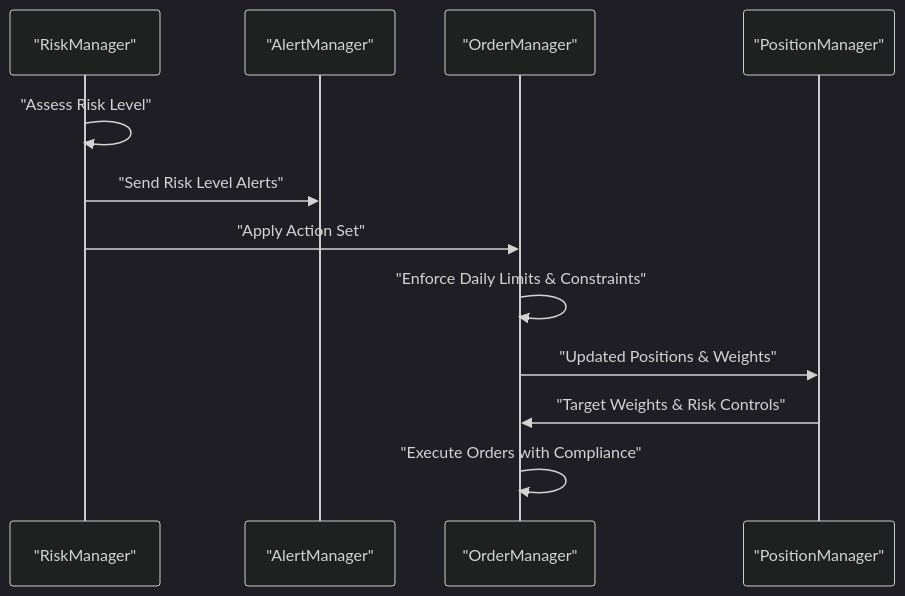
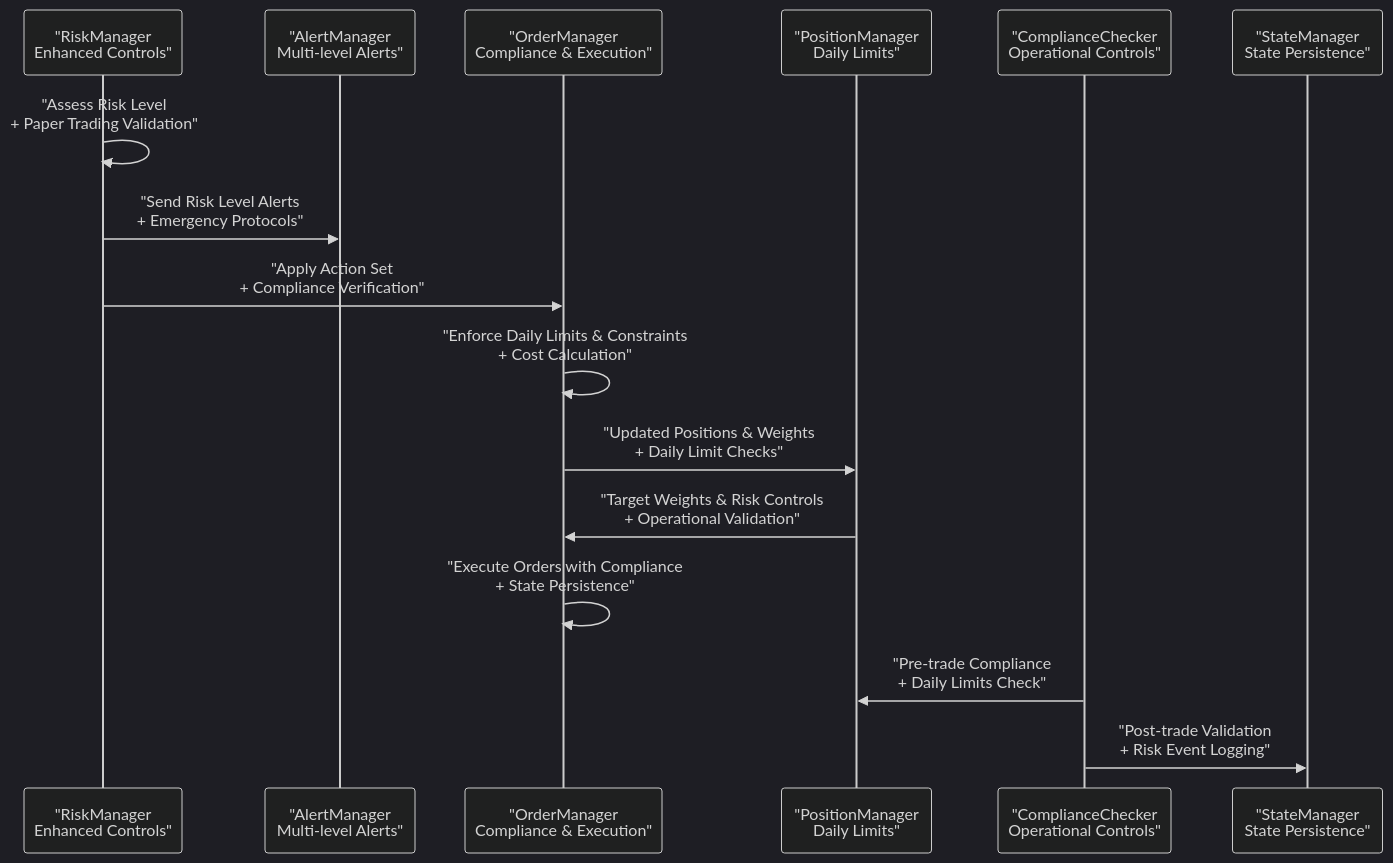
The seventh of 8 diagrams in .qoder/repowiki/en/content/Risk Management System.md (guofeng201507/shark-quant-trader), drawn with Mermaid (dark theme) before and after one commit. The commit also changed other lines of this file and 14 other files, not shown here.

````diff
--- a/.qoder/repowiki/en/content/Risk Management System.md
+++ b/.qoder/repowiki/en/content/Risk Management System.md
@@ -359,14 +425,18 @@
 ```mermaid
 sequenceDiagram
-participant RM as "RiskManager"
-participant AM as "AlertManager"
-participant OM as "OrderManager"
-participant PM as "PositionManager"
-RM->>RM : "Assess Risk Level"
-RM->>AM : "Send Risk Level Alerts"
-RM->>OM : "Apply Action Set"
-OM->>OM : "Enforce Daily Limits & Constraints"
-OM->>PM : "Updated Positions & Weights"
-PM->>OM : "Target Weights & Risk Controls"
-OM->>OM : "Execute Orders with Compliance"
+participant RM as "RiskManager<br/>Enhanced Controls"
+participant AM as "AlertManager<br/>Multi-level Alerts"
+participant OM as "OrderManager<br/>Compliance & Execution"
+participant PM as "PositionManager<br/>Daily Limits"
+participant CC as "ComplianceChecker<br/>Operational Controls"
+participant SM as "StateManager<br/>State Persistence"
+RM->>RM : "Assess Risk Level<br/>+ Paper Trading Validation"
+RM->>AM : "Send Risk Level Alerts<br/>+ Emergency Protocols"
+RM->>OM : "Apply Action Set<br/>+ Compliance Verification"
+OM->>OM : "Enforce Daily Limits & Constraints<br/>+ Cost Calculation"
+OM->>PM : "Updated Positions & Weights<br/>+ Daily Limit Checks"
+PM->>OM : "Target Weights & Risk Controls<br/>+ Operational Validation"
+OM->>OM : "Execute Orders with Compliance<br/>+ State Persistence"
+CC->>PM : "Pre-trade Compliance<br/>+ Daily Limits Check"
+CC->>SM : "Post-trade Validation<br/>+ Risk Event Logging"
 ```
````
